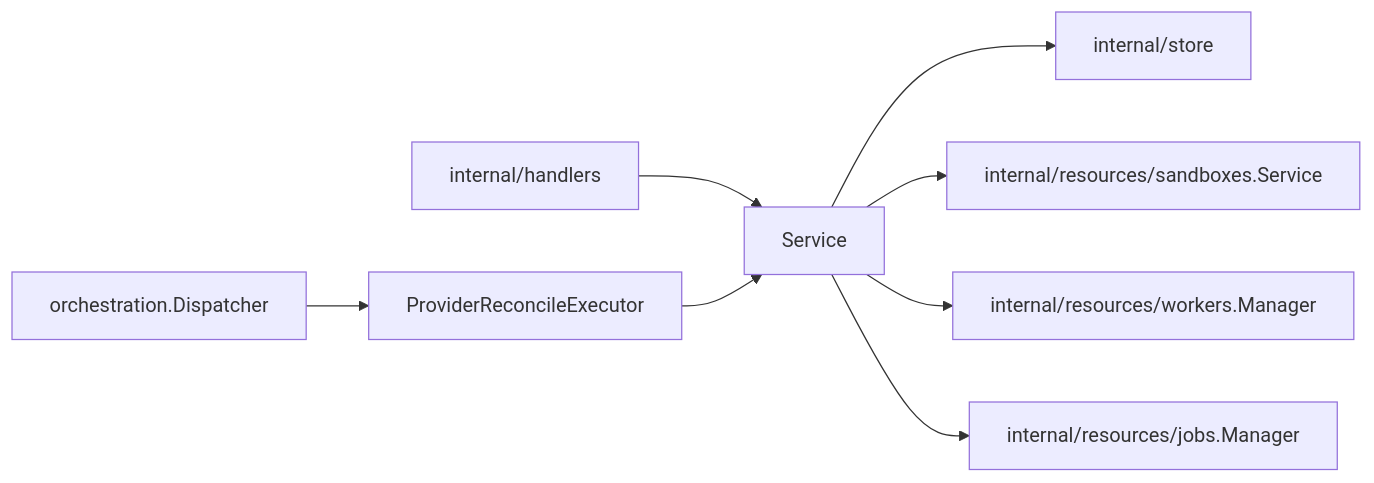
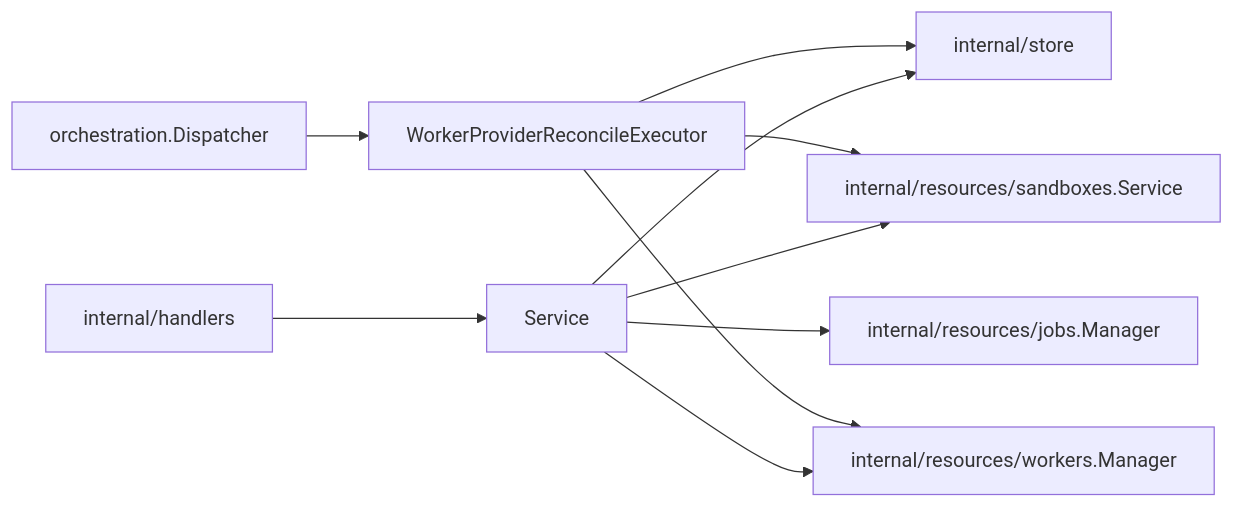
Before and after one commit to discobox-ai/discobox: the diagram in server/internal/resources/providers/DESIGN.md, drawn with Mermaid. The commit also changed other lines of this file and 50 other files, not shown here.

````diff
--- a/server/internal/resources/providers/DESIGN.md
+++ b/server/internal/resources/providers/DESIGN.md
@@ -9,10 +9,12 @@
 ```mermaid
 flowchart LR
     api[internal/handlers] --> service[Service]
     service --> store[internal/store]
     service --> sandboxCatalog[internal/resources/sandboxes.Service]
     service --> workers[internal/resources/workers.Manager]
     service --> jobs[internal/resources/jobs.Manager]
-    dispatcher[orchestration.Dispatcher] --> executor[ProviderReconcileExecutor]
-    executor --> service
+    dispatcher[orchestration.Dispatcher] --> executor[WorkerProviderReconcileExecutor]
+    executor --> store
+    executor --> sandboxCatalog
+    executor --> workers
 ```
````
